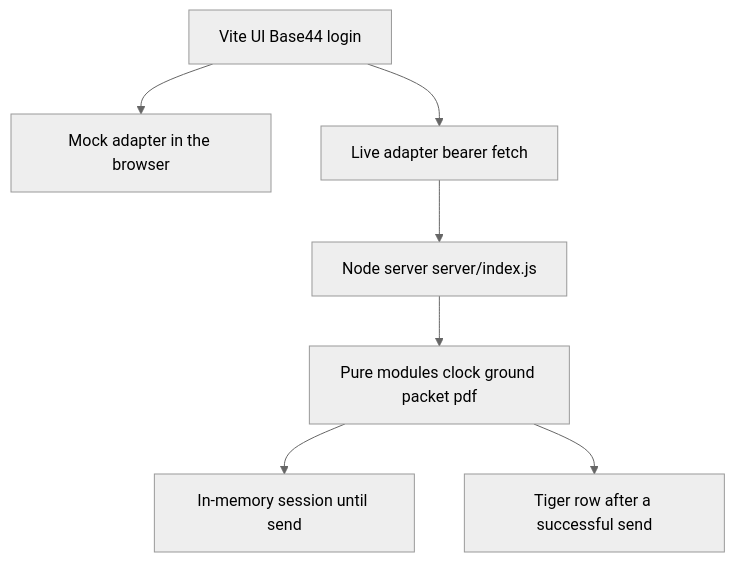
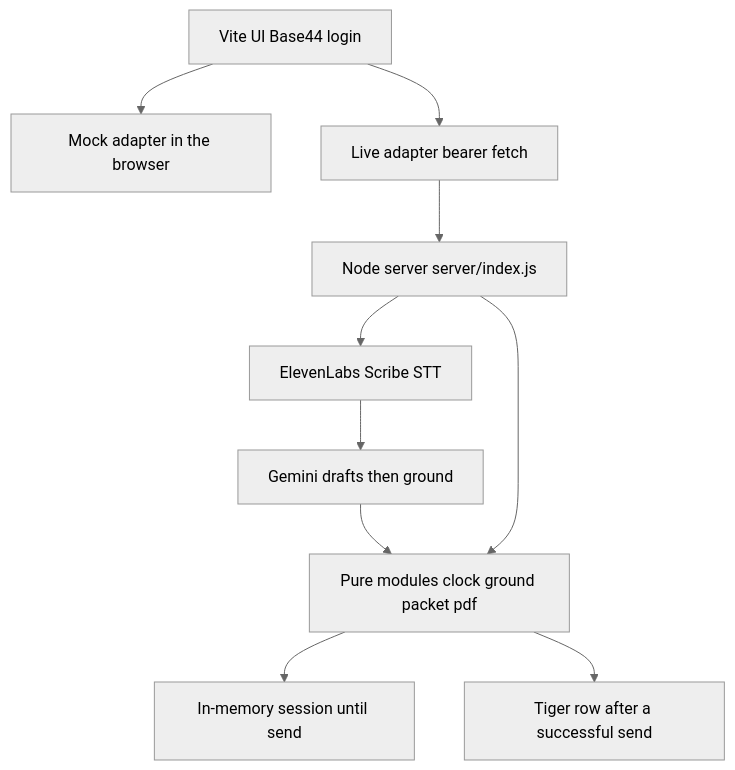
One commit to BrianMF7/HackNight changed the first of 2 diagrams in tasks/plan.md. Above: the diagram before and after it, drawn with Mermaid (neutral theme). The commit also changed other lines of this file and 1 other file, not shown here.

````diff
--- a/tasks/plan.md
+++ b/tasks/plan.md
@@ -24,16 +26,21 @@
 ```mermaid
 flowchart TD
   vite[Vite UI Base44 login]
   mock[Mock adapter in the browser]
   live[Live adapter bearer fetch]
   http[Node server server/index.js]
+  scribe[ElevenLabs Scribe STT]
+  gemini[Gemini drafts then ground]
   rules[Pure modules clock ground packet pdf]
   memory[In-memory session until send]
   tiger[Tiger row after a successful send]
   vite --> mock
   vite --> live
   live --> http
+  http --> scribe
+  scribe --> gemini
+  gemini --> rules
   http --> rules
   rules --> memory
   rules --> tiger
 ```
````
